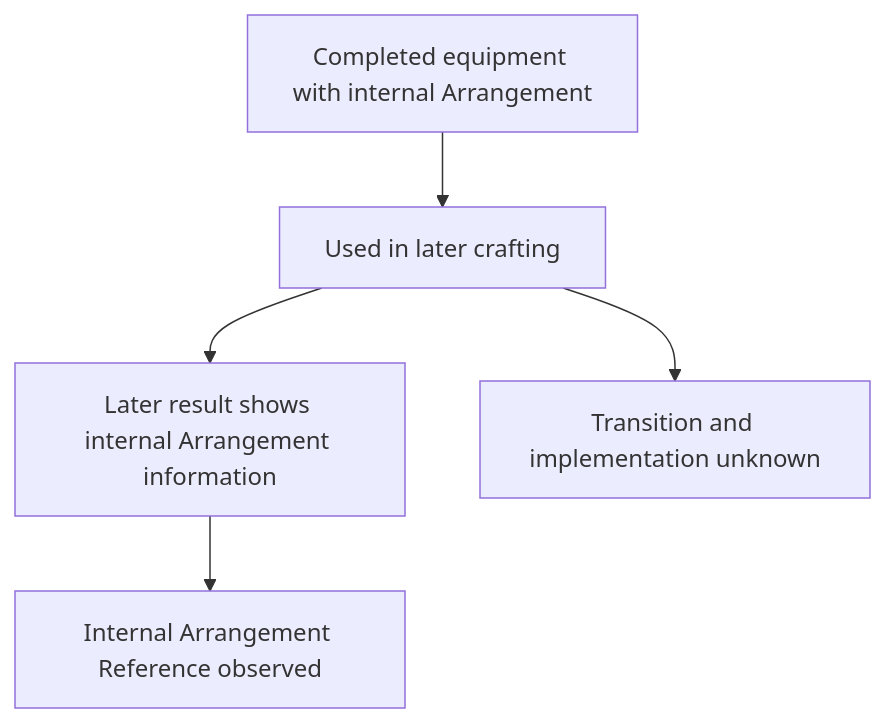
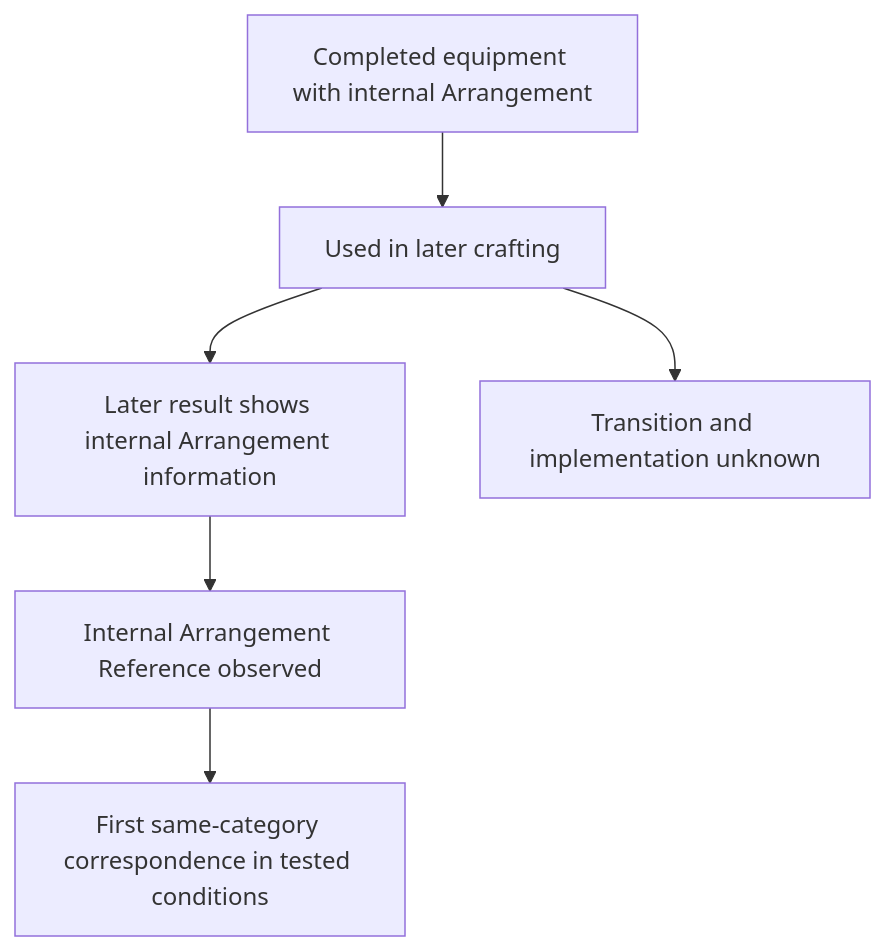
Before and after one commit to j13343sh/Rune-Factory-Inheritance-Research: the diagram in mermaid/rune-factory-recursive-processing-flow-en.mmd, drawn with Mermaid. The commit also changed 13 other files, not shown here.

```diff
--- a/mermaid/rune-factory-recursive-processing-flow-en.mmd
+++ b/mermaid/rune-factory-recursive-processing-flow-en.mmd
@@ -1,5 +1,6 @@
 flowchart TD
     A[Completed equipment with internal Arrangement] --> B[Used in later crafting]
     B --> C[Later result shows internal Arrangement information]
     C --> D[Internal Arrangement Reference observed]
+    D --> F[First same-category correspondence in tested conditions]
     B --> E[Transition and implementation unknown]
```
